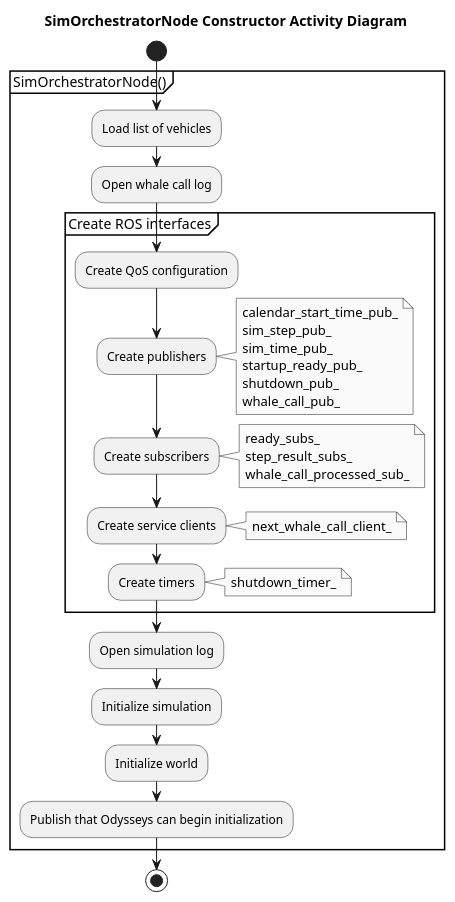
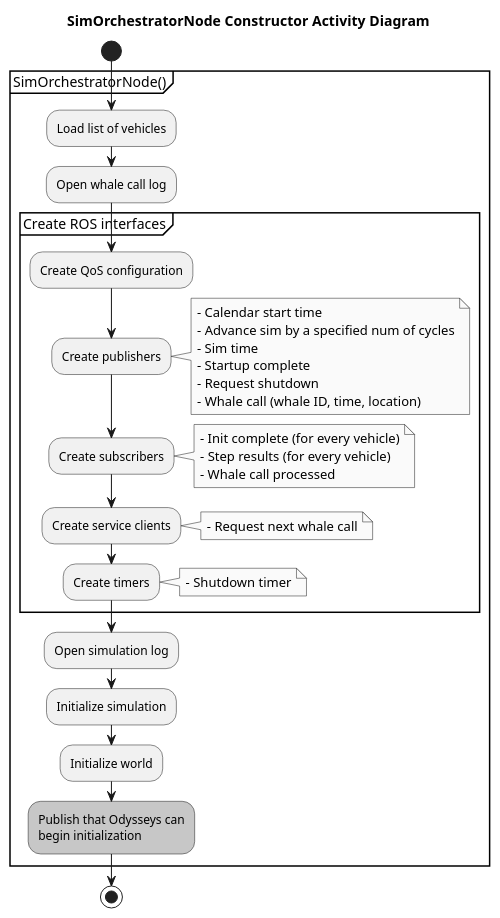
The diagram in docs/initialization/sim_orchestrator_init.puml (Tebcherani/MANTA), drawn with PlantUML before and after one commit. The commit also changed 1 other file, not shown here.

Commit message:
Added init documentation

```diff
--- a/docs/initialization/sim_orchestrator_init.puml
+++ b/docs/initialization/sim_orchestrator_init.puml
@@ -1,52 +1,48 @@
 @startuml
 title SimOrchestratorNode Constructor Activity Diagram
 
 skinparam monochrome true
 skinparam shadowing false
 skinparam svgLinkTarget _self
 
 start
 
 partition "SimOrchestratorNode()" {
     :Load list of vehicles;    
     :Open whale call log;
     partition "Create ROS interfaces" {
         :Create QoS configuration;
         
         :Create publishers;
         note right
-            calendar_start_time_pub_
-            sim_step_pub_
-            sim_time_pub_
-            startup_ready_pub_
-            shutdown_pub_
-            whale_call_pub_
+            - Calendar start time
+            - Advance sim by a specified num of cycles
+            - Sim time
+            - Startup complete
+            - Request shutdown
+            - Whale call (whale ID, time, location)
         end note
 
         :Create subscribers;
         note right
-            ready_subs_
-            step_result_subs_
-            whale_call_processed_sub_
+            - Init complete (for every vehicle)
+            - Step results (for every vehicle)
+            - Whale call processed
         end note
 
         :Create service clients;
-        note right
-            next_whale_call_client_
-        end note
+        note right: - Request next whale call
 
         :Create timers;
-        note right
-            shutdown_timer_
-        end note
+        note right: - Shutdown timer
     }
     
     :Open simulation log;
     :Initialize simulation;
     :Initialize world;
-    :Publish that Odysseys can begin initialization;
+    #lightgreen:Publish that Odysseys can\nbegin initialization;
 }
 
 stop
 
 @enduml
```
